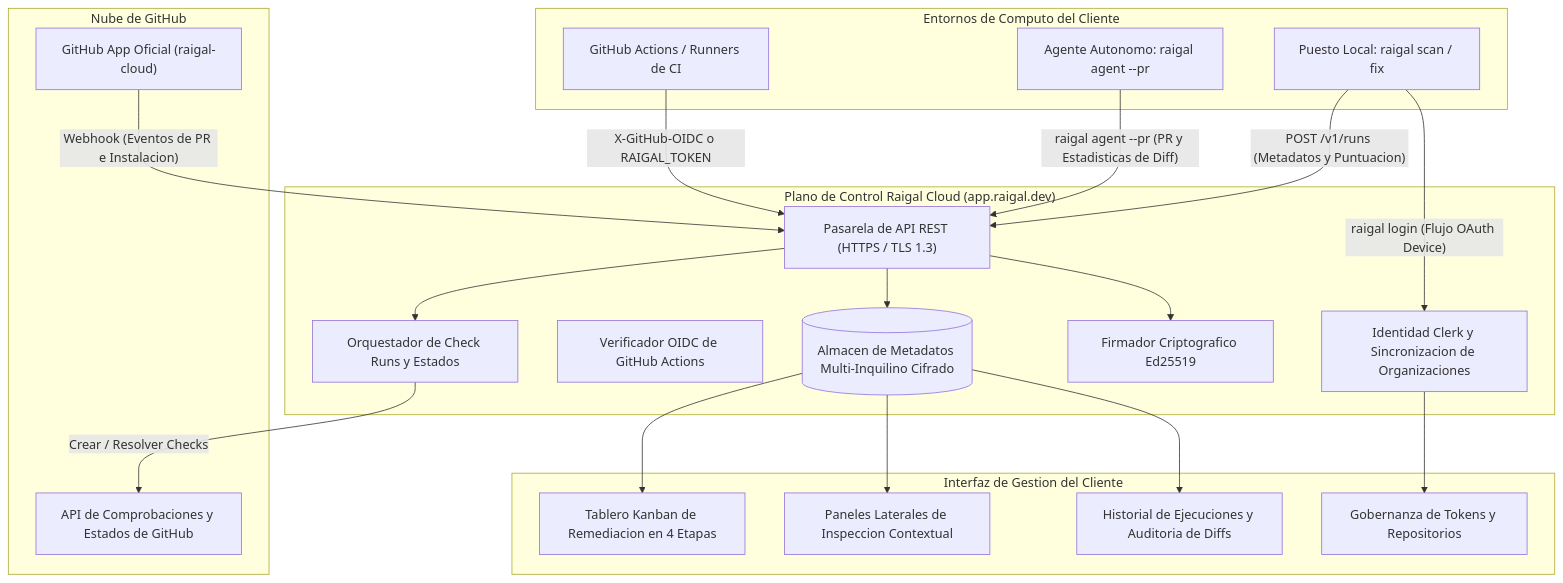
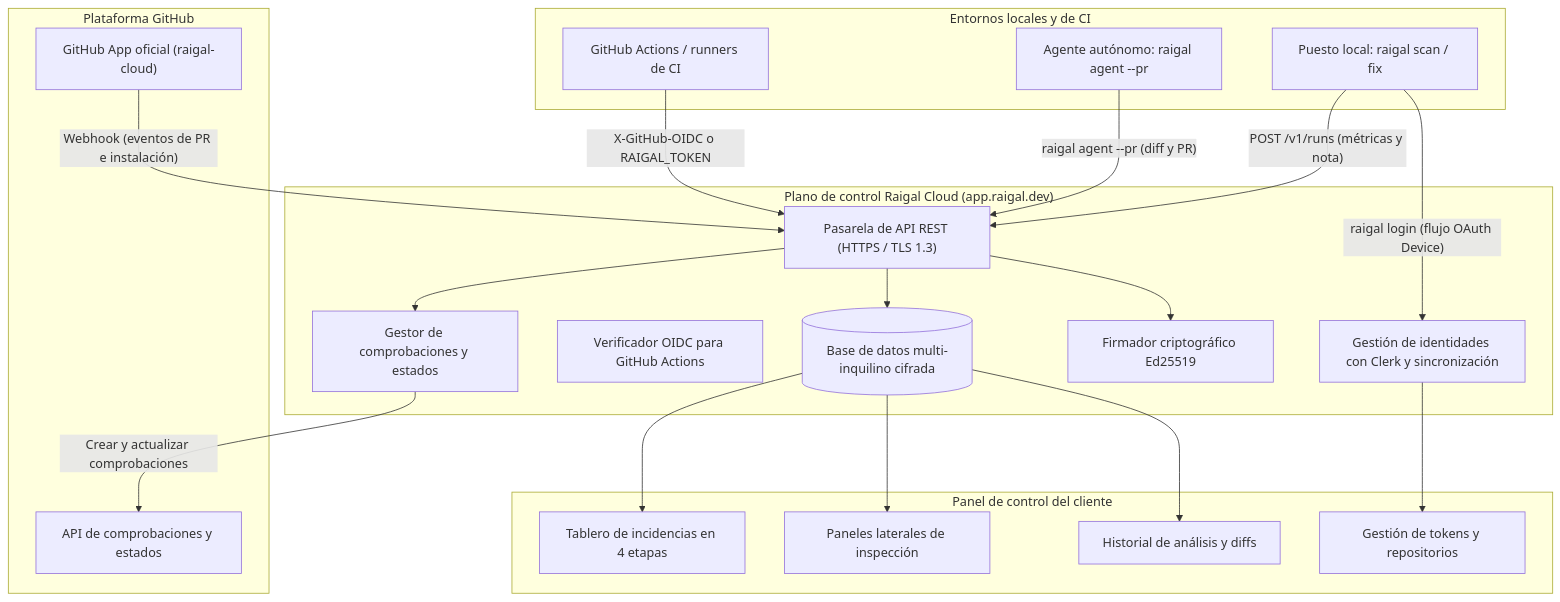
Before and after one commit to meethiu/raigal-docs: the diagram in es/cloud-platform/architecture.mdx, drawn with Mermaid. The commit also changed other lines of this file and 34 other files, not shown here.

````diff
--- a/es/cloud-platform/architecture.mdx
+++ b/es/cloud-platform/architecture.mdx
@@ -10,45 +10,45 @@
 ```mermaid
 graph TD
-    subgraph ClientCompute ["Entornos de Computo del Cliente"]
-        Dev["Puesto Local: raigal scan / fix"]
-        Agent["Agente Autonomo: raigal agent --pr"]
-        CI["GitHub Actions / Runners de CI"]
+    subgraph ClientCompute ["Entornos locales y de CI"]
+        Dev["Puesto local: raigal scan / fix"]
+        Agent["Agente autónomo: raigal agent --pr"]
+        CI["GitHub Actions / runners de CI"]
     end
 
-    subgraph GitHubCloud ["Nube de GitHub"]
-        GHApp["GitHub App Oficial (raigal-cloud)"]
-        GHChecks["API de Comprobaciones y Estados de GitHub"]
+    subgraph GitHubCloud ["Plataforma GitHub"]
+        GHApp["GitHub App oficial (raigal-cloud)"]
+        GHChecks["API de comprobaciones y estados"]
     end
 
-    subgraph ControlPlane ["Plano de Control Raigal Cloud (app.raigal.dev)"]
+    subgraph ControlPlane ["Plano de control Raigal Cloud (app.raigal.dev)"]
         Gateway["Pasarela de API REST (HTTPS / TLS 1.3)"]
-        Auth["Identidad Clerk y Sincronizacion de Organizaciones"]
-        OIDC["Verificador OIDC de GitHub Actions"]
-        CheckManager["Orquestador de Check Runs y Estados"]
-        LeaseSigner["Firmador Criptografico Ed25519"]
-        Store[("Almacen de Metadatos Multi-Inquilino Cifrado")]
+        Auth["Gestión de identidades con Clerk y sincronización"]
+        OIDC["Verificador OIDC para GitHub Actions"]
+        CheckManager["Gestor de comprobaciones y estados"]
+        LeaseSigner["Firmador criptográfico Ed25519"]
+        Store[("Base de datos multi-inquilino cifrada")]
     end
 
-    subgraph CustomerUI ["Interfaz de Gestion del Cliente"]
-        Board["Tablero Kanban de Remediacion en 4 Etapas"]
-        Drawers["Paneles Laterales de Inspeccion Contextual"]
-        Telemetry["Historial de Ejecuciones y Auditoria de Diffs"]
-        Settings["Gobernanza de Tokens y Repositorios"]
+    subgraph CustomerUI ["Panel de control del cliente"]
+        Board["Tablero de incidencias en 4 etapas"]
+        Drawers["Paneles laterales de inspección"]
+        Telemetry["Historial de análisis y diffs"]
+        Settings["Gestión de tokens y repositorios"]
     end
 
-    Dev -- "raigal login (Flujo OAuth Device)" --> Auth
-    Dev -- "POST /v1/runs (Metadatos y Puntuacion)" --> Gateway
-    Agent -- "raigal agent --pr (PR y Estadisticas de Diff)" --> Gateway
+    Dev -- "raigal login (flujo OAuth Device)" --> Auth
+    Dev -- "POST /v1/runs (métricas y nota)" --> Gateway
+    Agent -- "raigal agent --pr (diff y PR)" --> Gateway
     CI -- "X-GitHub-OIDC o RAIGAL_TOKEN" --> Gateway
-    GHApp -- "Webhook (Eventos de PR e Instalacion)" --> Gateway
+    GHApp -- "Webhook (eventos de PR e instalación)" --> Gateway
 
     Gateway --> Store
     Gateway --> LeaseSigner
     Gateway --> CheckManager
-    CheckManager -- "Crear / Resolver Checks" --> GHChecks
+    CheckManager -- "Crear y actualizar comprobaciones" --> GHChecks
 
     Store --> Board
     Store --> Drawers
     Store --> Telemetry
     Auth --> Settings
 ```
````
